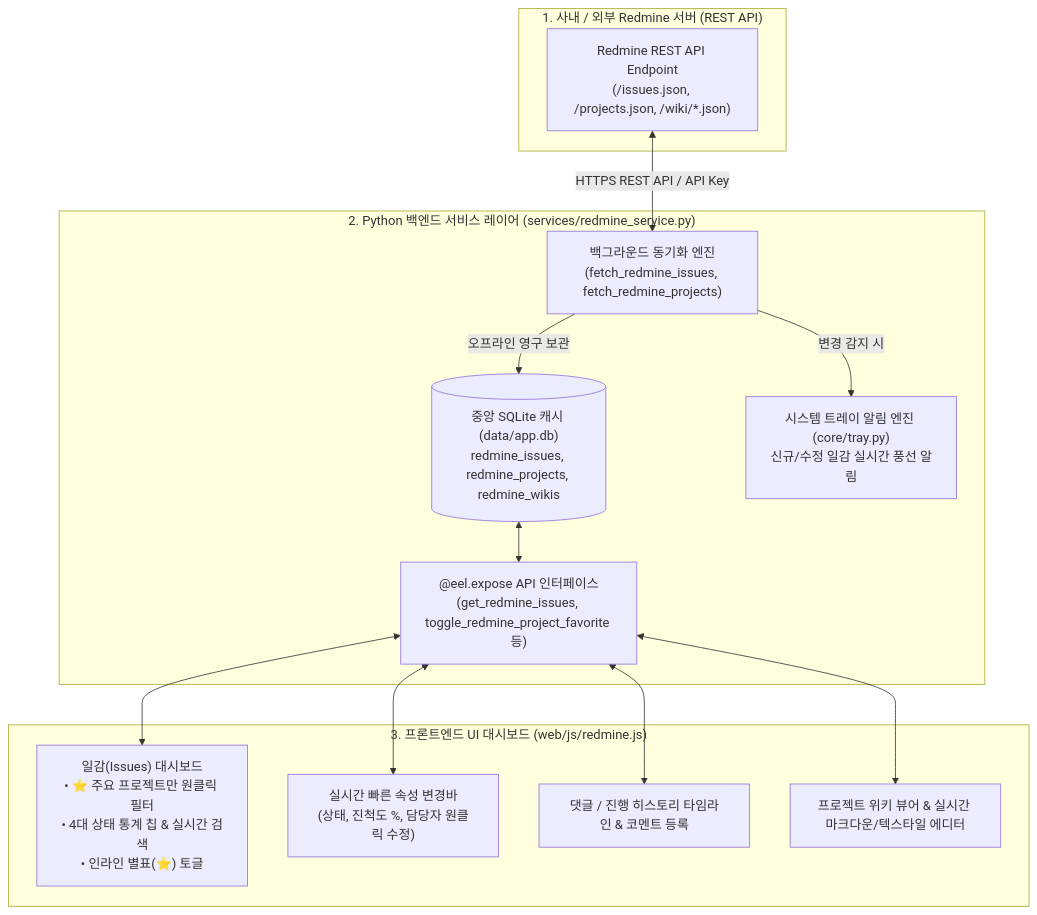
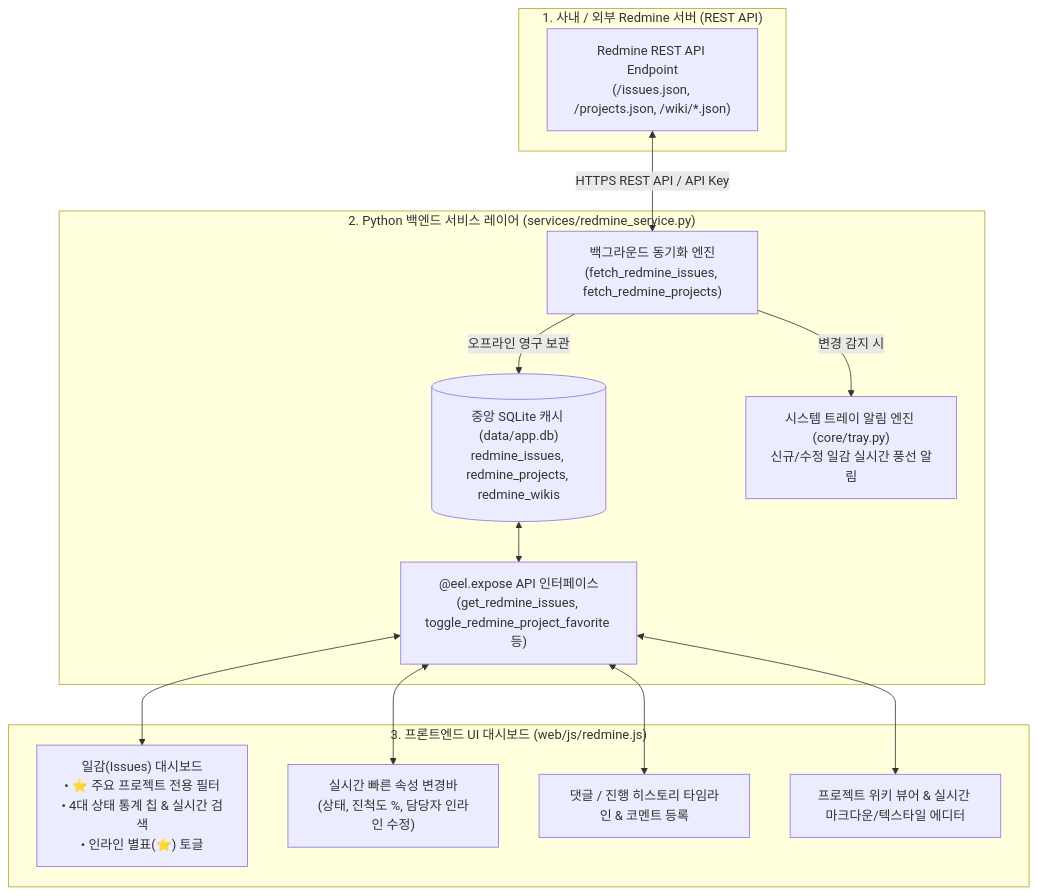
Before and after one commit to JudeRester/Util-Tools: the diagram in docs/REDMINE_INTEGRATION.md, drawn with Mermaid. The commit also changed other lines of this file and 10 other files, not shown here.

````diff
--- a/docs/REDMINE_INTEGRATION.md
+++ b/docs/REDMINE_INTEGRATION.md
@@ -9,29 +9,29 @@
 ```mermaid
 flowchart TD
     subgraph RedmineServer ["1. 사내 / 외부 Redmine 서버 (REST API)"]
         RS["Redmine REST API Endpoint\n(/issues.json, /projects.json, /wiki/*.json)"]
     end
 
     subgraph BackendEngine ["2. Python 백엔드 서비스 레이어 (services/redmine_service.py)"]
         Sync["백그라운드 동기화 엔진\n(fetch_redmine_issues, fetch_redmine_projects)"]
         Cache[("중앙 SQLite 캐시 (data/app.db)\nredmine_issues, redmine_projects, redmine_wikis")]
         Tray["시스템 트레이 알림 엔진 (core/tray.py)\n신규/수정 일감 실시간 풍선 알림"]
         API["@eel.expose API 인터페이스\n(get_redmine_issues, toggle_redmine_project_favorite 등)"]
     end
 
     subgraph FrontendUI ["3. 프론트엔드 UI 대시보드 (web/js/redmine.js)"]
-        Issues["일감(Issues) 대시보드\n• ⭐ 주요 프로젝트만 원클릭 필터\n• 4대 상태 통계 칩 & 실시간 검색\n• 인라인 별표(⭐) 토글"]
-        QuickAction["실시간 빠른 속성 변경바\n(상태, 진척도 %, 담당자 원클릭 수정)"]
+        Issues["일감(Issues) 대시보드\n• ⭐ 주요 프로젝트 전용 필터\n• 4대 상태 통계 칩 & 실시간 검색\n• 인라인 별표(⭐) 토글"]
+        QuickAction["실시간 빠른 속성 변경바\n(상태, 진척도 %, 담당자 인라인 수정)"]
         Journals["댓글 / 진행 히스토리 타임라인 & 코멘트 등록"]
         Wiki["프로젝트 위키 뷰어 & 실시간 마크다운/텍스타일 에디터"]
     end
 
     RS <-->|HTTPS REST API / API Key| Sync
     Sync -->|오프라인 영구 보관| Cache
     Sync -->|변경 감지 시| Tray
     Cache <--> API
     API <--> Issues
     API <--> QuickAction
     API <--> Journals
     API <--> Wiki
 ```
````
